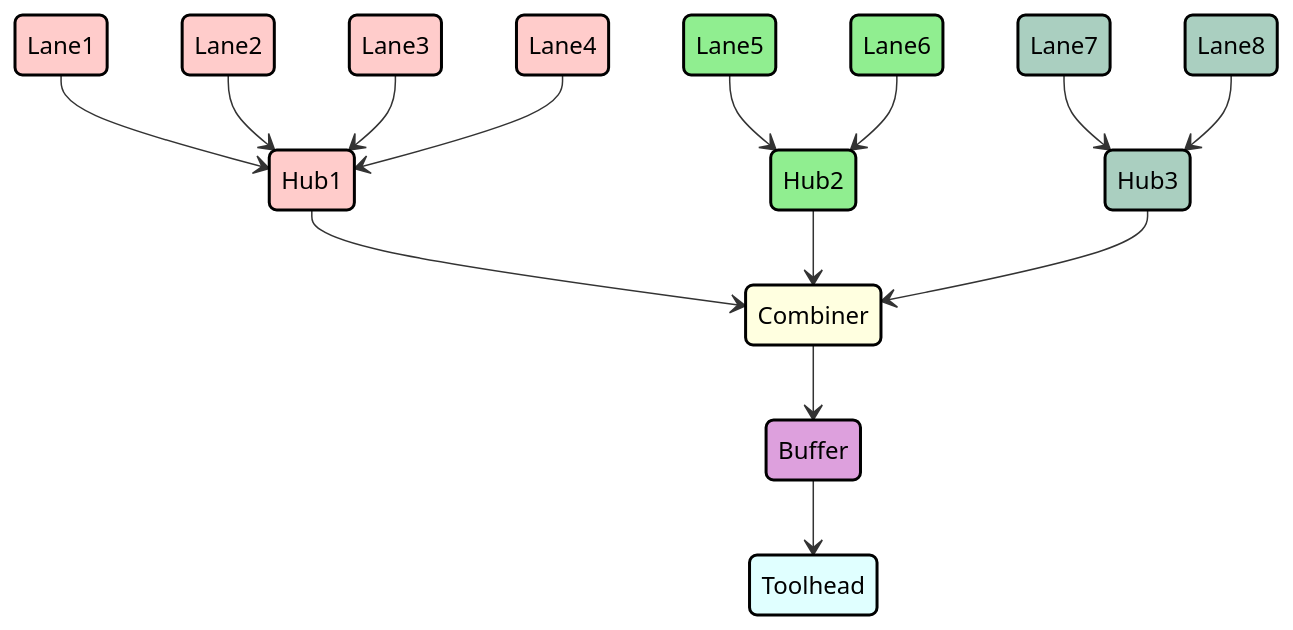
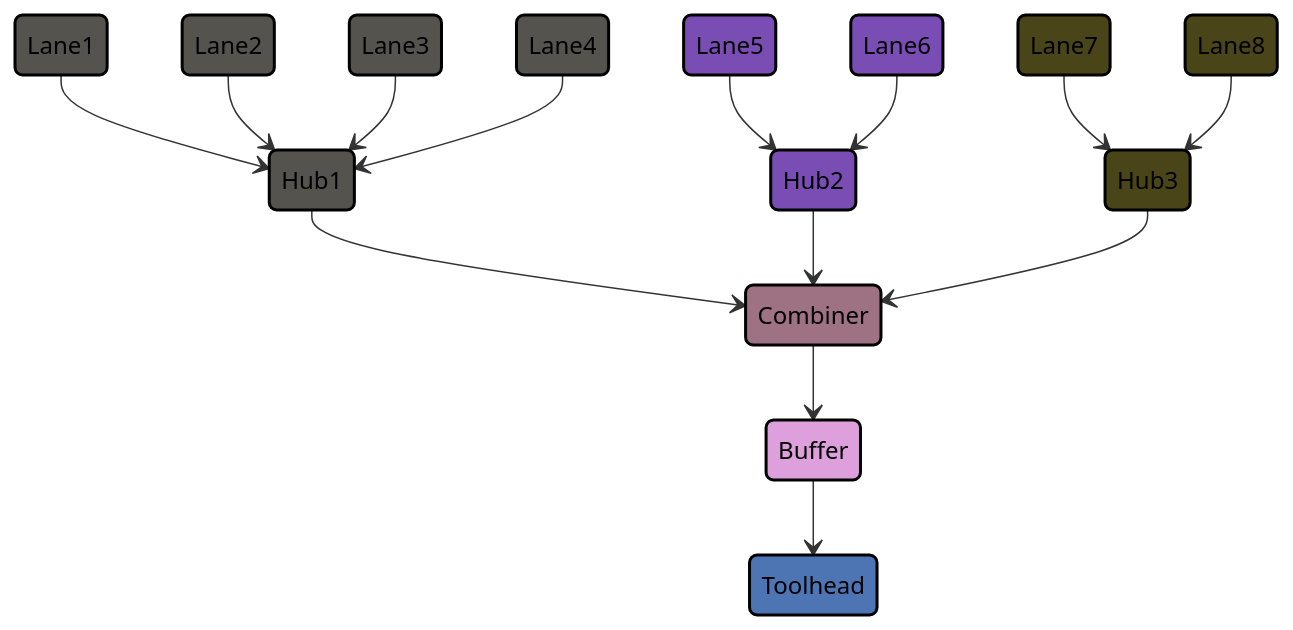
Before and after one commit to ArmoredTurtle/AFC-Klipper-Add-On: the fourth of 4 diagrams in documentation/configuration/configuration_examples.md, drawn with Mermaid. The commit also changed other lines of this file and 3 other files, not shown here.

````diff
--- a/documentation/configuration/configuration_examples.md
+++ b/documentation/configuration/configuration_examples.md
@@ -210,49 +210,49 @@
 ``` mermaid
 stateDiagram-v2
     state "Lane1" as L1
     state "Lane2" as L2
     state "Lane3" as L3
     state "Lane4" as L4
     state "Lane5" as L5
     state "Lane6" as L6
     state "Lane7" as L7
     state "Lane8" as L8
 
     state "Hub1" as H1
     state "Hub2" as H2
     state "Hub3" as H3
     state "Combiner" as C
     state "Buffer" as T
     state "Toolhead" as TH
 
     L1 --> H1
     L2 --> H1
     L3 --> H1
     L4 --> H1
     L5 --> H2
     L6 --> H2
     L7 --> H3
     L8 --> H3
 
     H1 --> C
     H2 --> C
     H3 --> C
     C --> T
     T --> TH
 
     %% Adding styles for colors and text visibility
-    style L1 fill:#ffcccb,stroke:#000000,stroke-width:2px,color:#000000
-    style L2 fill:#ffcccb,stroke:#000000,stroke-width:2px,color:#000000
-    style L3 fill:#ffcccb,stroke:#000000,stroke-width:2px,color:#000000
-    style L4 fill:#ffcccb,stroke:#000000,stroke-width:2px,color:#000000
-    style L5 fill:#90ee90,stroke:#000000,stroke-width:2px,color:#000000
-    style L6 fill:#90ee90,stroke:#000000,stroke-width:2px,color:#000000
-    style L7 fill:#aacfc0,stroke:#000000,stroke-width:2px,color:#000000
-    style L8 fill:#aacfc0,stroke:#000000,stroke-width:2px,color:#000000
-    style H1 fill:#ffcccb,stroke:#000000,stroke-width:2px,color:#000000
-    style H2 fill:#90ee90,stroke:#000000,stroke-width:2px,color:#000000
-    style H3 fill:#aacfc0,stroke:#000000,stroke-width:2px,color:#000000
-    style C fill:#ffffe0,stroke:#000000,stroke-width:2px,color:#000000
+    style L1 fill:#54534e,stroke:#000000,stroke-width:2px,color:#000000
+    style L2 fill:#54534e,stroke:#000000,stroke-width:2px,color:#000000
+    style L3 fill:#54534e,stroke:#000000,stroke-width:2px,color:#000000
+    style L4 fill:#54534e,stroke:#000000,stroke-width:2px,color:#000000
+    style L5 fill:#794db3,stroke:#000000,stroke-width:2px,color:#000000
+    style L6 fill:#794db3,stroke:#000000,stroke-width:2px,color:#000000
+    style L7 fill:#4a4518,stroke:#000000,stroke-width:2px,color:#000000
+    style L8 fill:#4a4518,stroke:#000000,stroke-width:2px,color:#000000
+    style H1 fill:#54534e,stroke:#000000,stroke-width:2px,color:#000000
+    style H2 fill:#794db3,stroke:#000000,stroke-width:2px,color:#000000
+    style H3 fill:#4a4518,stroke:#000000,stroke-width:2px,color:#000000
+    style C fill:#9e7283,stroke:#000000,stroke-width:2px,color:#000000
     style T fill:#dda0dd,stroke:#000000,stroke-width:2px,color:#000000
-    style TH fill:#e0ffff,stroke:#000000,stroke-width:2px,color:#000000
+    style TH fill:#4d75b3,stroke:#000000,stroke-width:2px,color:#000000
 ```  
````
